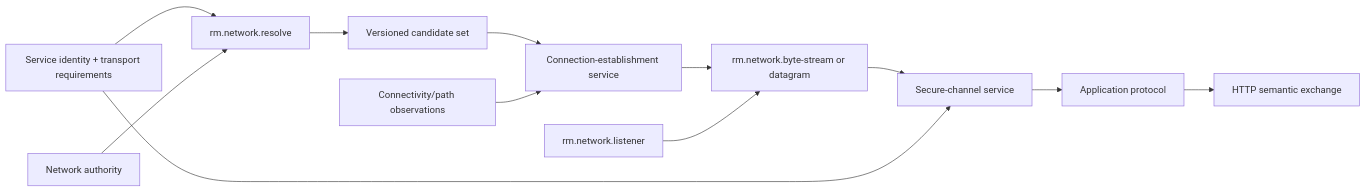
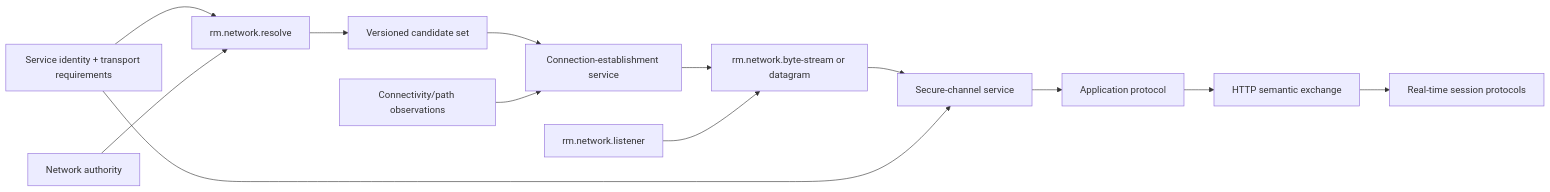
Before and after one commit to Rusty-Mill/rusty_foundation_akb: the diagram in docs/02-capabilities/networking/README.md, drawn with Mermaid. The commit also changed other lines of this file and 21 other files, not shown here.

Commit message:
define real-time transport foundations

````diff
--- a/docs/02-capabilities/networking/README.md
+++ b/docs/02-capabilities/networking/README.md
@@ -10,14 +10,15 @@
 ```mermaid
 flowchart LR
     Intent["Service identity + transport requirements"] --> Resolve["rm.network.resolve"]
     Authority["Network authority"] --> Resolve
     Resolve --> Candidates["Versioned candidate set"]
     Candidates --> Race["Connection-establishment service"]
     Path["Connectivity/path observations"] --> Race
     Race --> Transport["rm.network.byte-stream or datagram"]
     Transport --> Secure["Secure-channel service"]
     Intent --> Secure
     Secure --> Protocol["Application protocol"]
     Protocol --> HTTP["HTTP semantic exchange"]
+    HTTP --> Realtime["Real-time session protocols"]
     Listen["rm.network.listener"] --> Transport
 ```
````
